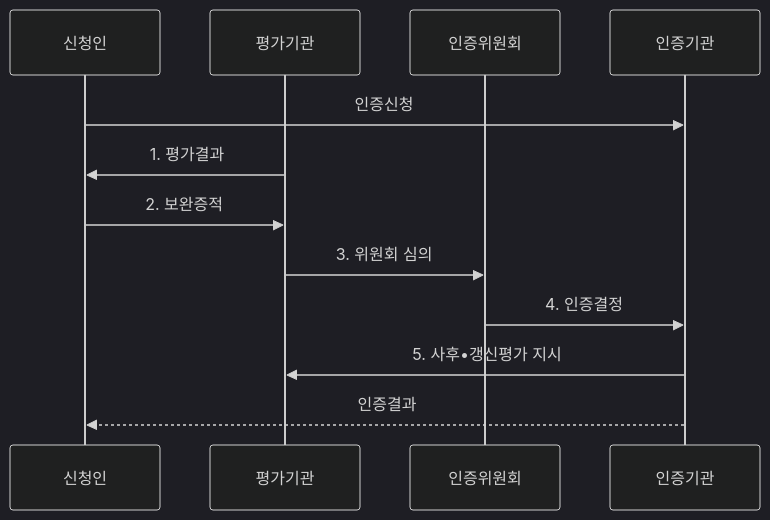
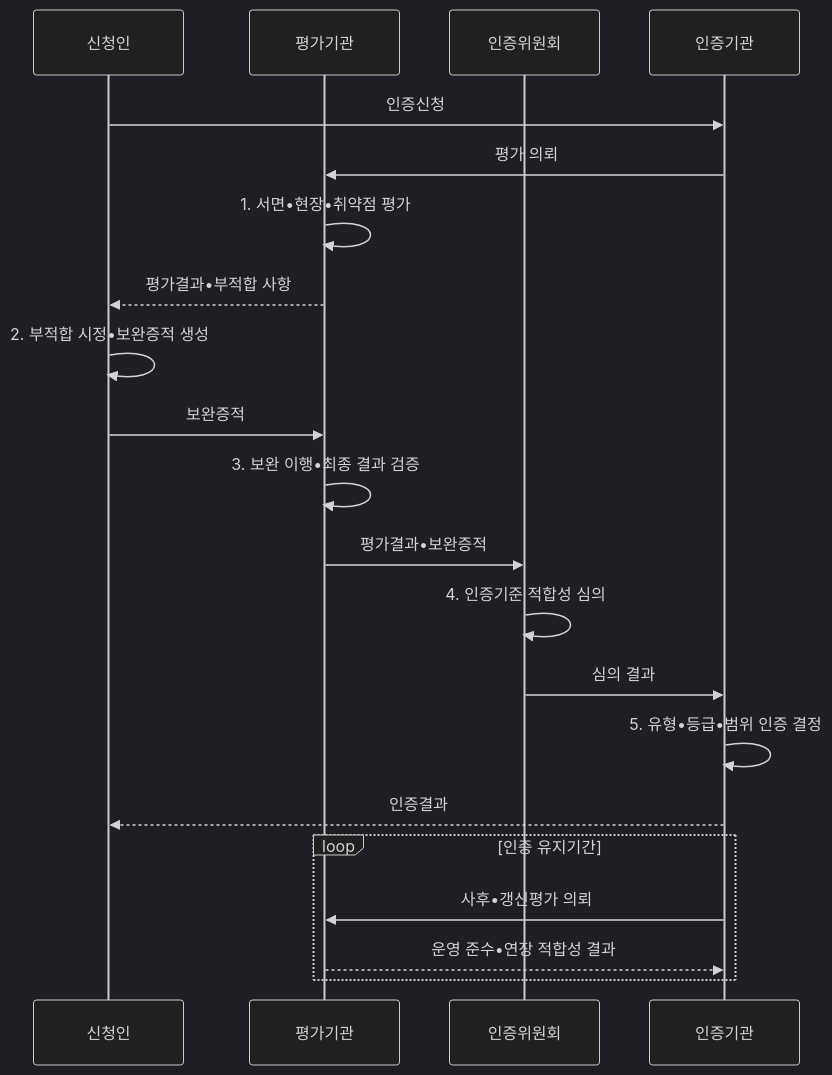
The second of 2 diagrams in src/content/docs/notes/05-security/075_csap.md (agnusdei1207/knowledge-base), drawn with Mermaid (dark theme) before and after one commit. The commit also changed other lines of this file and 20 other files, not shown here.

````diff
--- a/src/content/docs/notes/05-security/075_csap.md
+++ b/src/content/docs/notes/05-security/075_csap.md
@@ -106,14 +106,23 @@
 ```mermaid
 sequenceDiagram
     participant A as 신청인
     participant E as 평가기관
     participant C as 인증위원회
     participant I as 인증기관
     A->>I: 인증신청
-    E->>A: 1. 평가결과
-    A->>E: 2. 보완증적
-    E->>C: 3. 위원회 심의
-    C->>I: 4. 인증결정
-    I->>E: 5. 사후•갱신평가 지시
+    I->>E: 평가 의뢰
+    E->>E: 1. 서면•현장•취약점 평가
+    E-->>A: 평가결과•부적합 사항
+    A->>A: 2. 부적합 시정•보완증적 생성
+    A->>E: 보완증적
+    E->>E: 3. 보완 이행•최종 결과 검증
+    E->>C: 평가결과•보완증적
+    C->>C: 4. 인증기준 적합성 심의
+    C->>I: 심의 결과
+    I->>I: 5. 유형•등급•범위 인증 결정
     I-->>A: 인증결과
+    loop 인증 유지기간
+        I->>E: 사후•갱신평가 의뢰
+        E-->>I: 운영 준수•연장 적합성 결과
+    end
 ```
````
